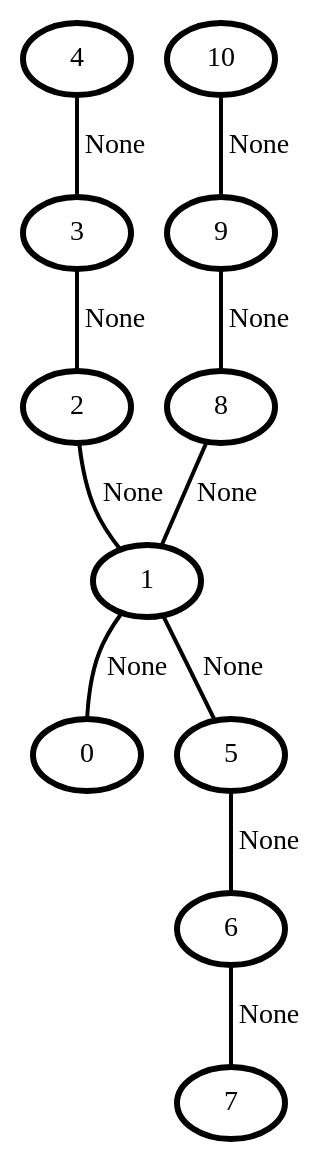
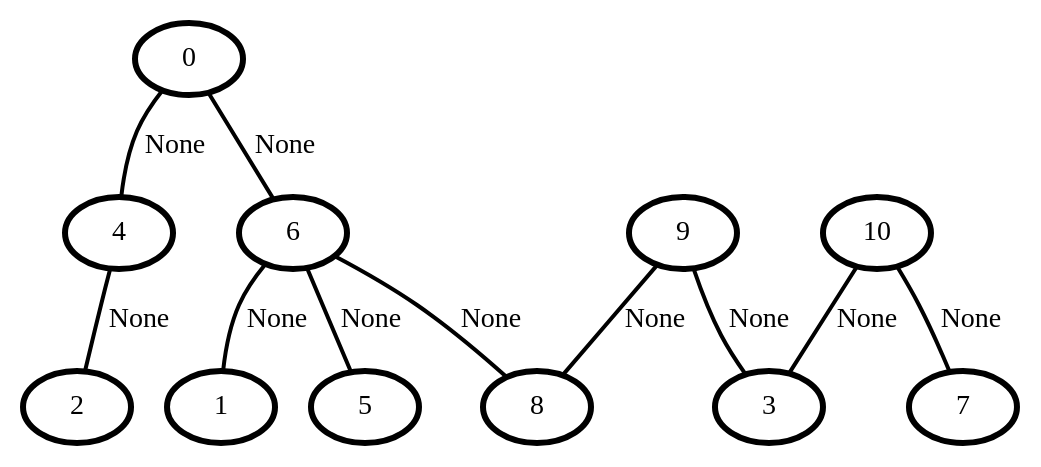
The diagram in Colored/trees11.dot (Alex314-dev/graphisomorphism), drawn with Graphviz before and after one commit. The commit also changed 4 other files, not shown here.

```diff
--- a/Colored/trees11.dot
+++ b/Colored/trees11.dot
@@ -1,24 +1,24 @@
 graph G {
     0 [penwidth=3,label="0"]
     1 [penwidth=3,label="1"]
     2 [penwidth=3,label="2"]
     3 [penwidth=3,label="3"]
     4 [penwidth=3,label="4"]
     5 [penwidth=3,label="5"]
     6 [penwidth=3,label="6"]
     7 [penwidth=3,label="7"]
     8 [penwidth=3,label="8"]
     9 [penwidth=3,label="9"]
     10 [penwidth=3,label="10"]
 
-    1--0 [penwidth=2,label="None"]
-    2--1 [penwidth=2,label="None"]
-    3--2 [penwidth=2,label="None"]
-    4--3 [penwidth=2,label="None"]
-    1--5 [penwidth=2,label="None"]
-    5--6 [penwidth=2,label="None"]
-    6--7 [penwidth=2,label="None"]
-    8--1 [penwidth=2,label="None"]
+    0--6 [penwidth=2,label="None"]
+    6--8 [penwidth=2,label="None"]
+    9--3 [penwidth=2,label="None"]
     9--8 [penwidth=2,label="None"]
-    10--9 [penwidth=2,label="None"]
+    10--7 [penwidth=2,label="None"]
+    4--2 [penwidth=2,label="None"]
+    6--5 [penwidth=2,label="None"]
+    6--1 [penwidth=2,label="None"]
+    10--3 [penwidth=2,label="None"]
+    0--4 [penwidth=2,label="None"]
 }
```
